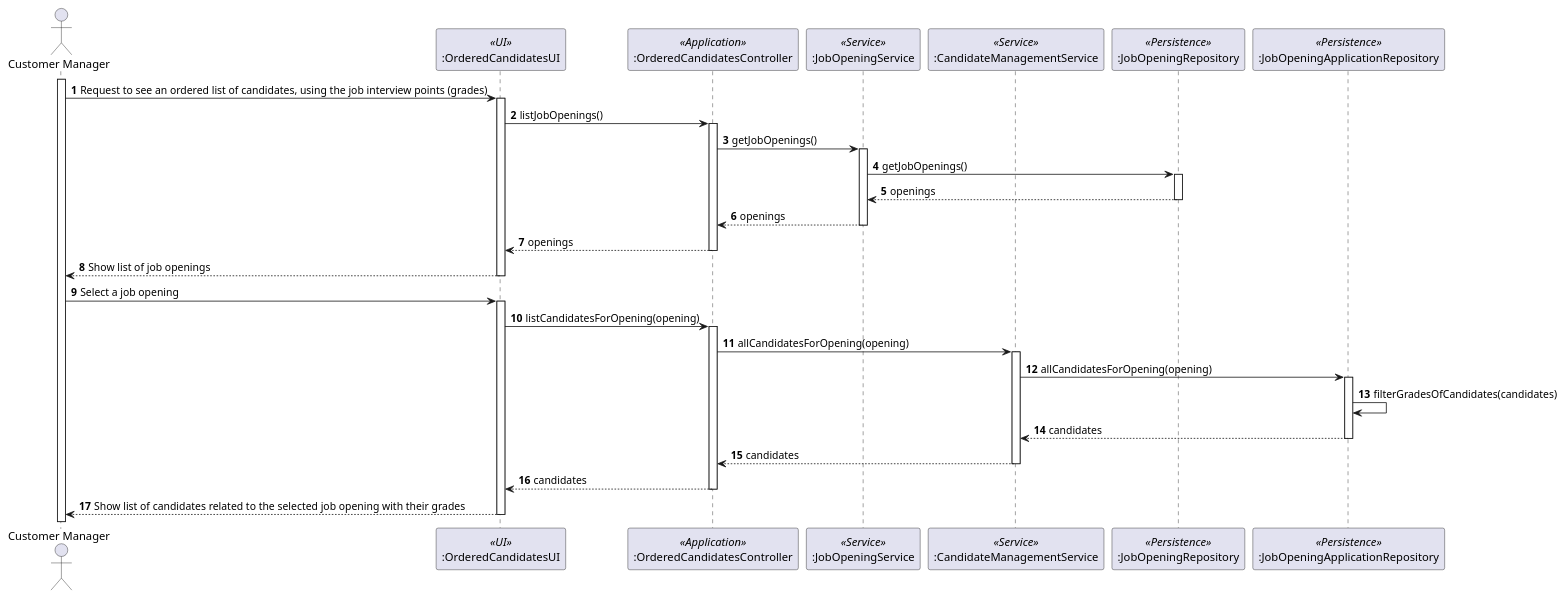
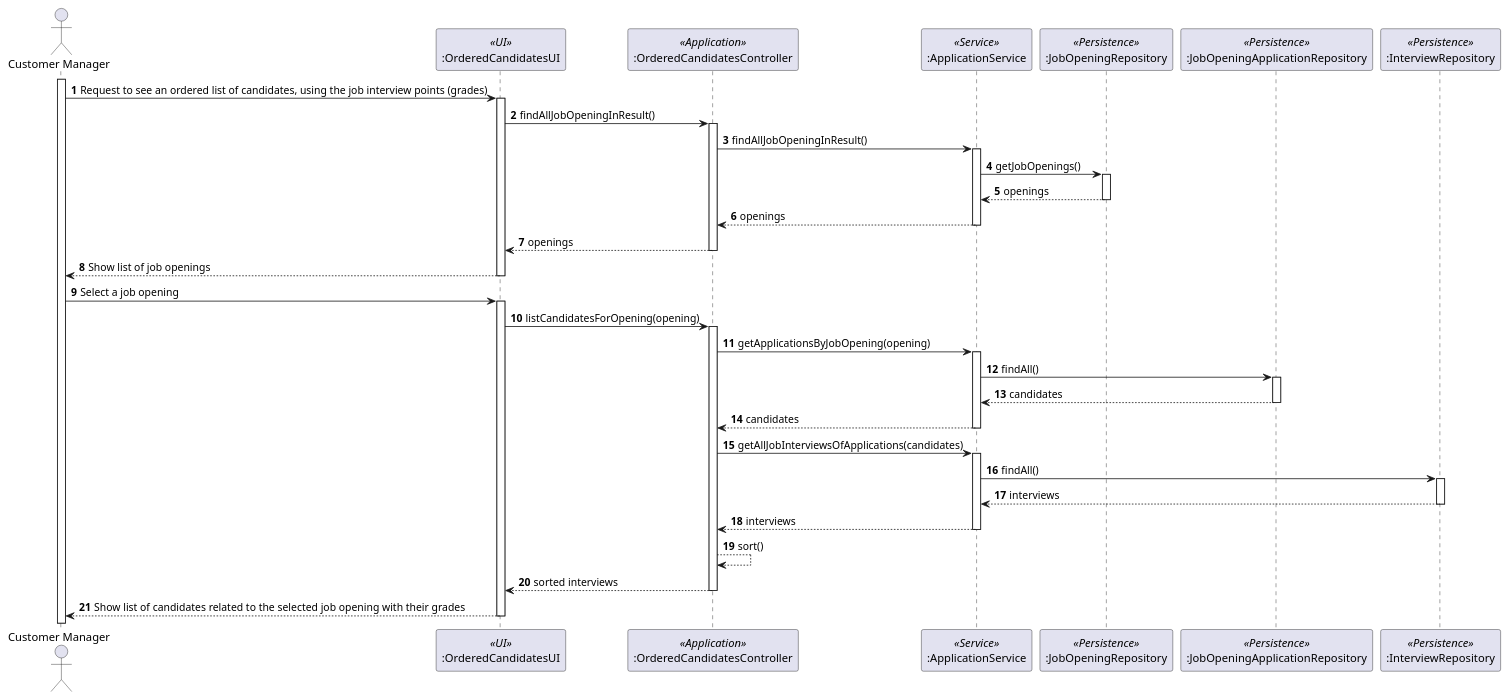
One commit to marcoferreira37/Lapr4 changed the diagram in docs/sprintC/1019/puml/1019-sequence-diagram.puml. Above: the diagram before and after it, drawn with PlantUML. The commit also changed 13 other files, not shown here.

```diff
--- a/docs/sprintC/1019/puml/1019-sequence-diagram.puml
+++ b/docs/sprintC/1019/puml/1019-sequence-diagram.puml
@@ -1,62 +1,86 @@
 @startuml
 
 actor "Customer Manager" as Agent
 participant ":OrderedCandidatesUI" as ui <<UI>>
 participant ":OrderedCandidatesController" as ctrl <<Application>>
-participant ":JobOpeningService" as jobServ <<Service>>
-participant ":CandidateManagementService" as candServ <<Service>>
+participant ":ApplicationService" as appServ <<Service>>
+participant ":CandidateManagementService" as appServ <<Service>>
 participant ":JobOpeningRepository" as jobRepo <<Persistence>>
 participant ":JobOpeningApplicationRepository" as candRepo <<Persistence>>
-
+participant ":InterviewRepository" as inteRepo <<Persistence>>
 autonumber
 
 
 activate Agent
 
 Agent -> ui: Request to see an ordered list of candidates, using the job interview points (grades)
 
 activate ui
-ui -> ctrl: listJobOpenings()
+ui -> ctrl: findAllJobOpeningInResult()
 activate ctrl
-ctrl -> jobServ: getJobOpenings()
-activate jobServ
-jobServ -> jobRepo: getJobOpenings()
+ctrl -> appServ: findAllJobOpeningInResult()
+activate appServ
+appServ -> jobRepo: getJobOpenings()
 activate jobRepo
-jobRepo --> jobServ: openings
+jobRepo --> appServ: openings
 deactivate
-jobServ --> ctrl: openings
+appServ --> ctrl: openings
 deactivate
 ctrl --> ui: openings
 deactivate
 ui --> Agent: Show list of job openings
 deactivate
 Agent -> ui : Select a job opening
 activate ui
 ui -> ctrl: listCandidatesForOpening(opening)
 activate ctrl
 
-ctrl -> candServ: allCandidatesForOpening(opening)
+ctrl -> appServ: getApplicationsByJobOpening(opening)
 
-activate candServ
+activate appServ
 
-candServ -> candRepo: allCandidatesForOpening(opening)
+appServ -> candRepo: findAll()
 
 activate candRepo
 
-candRepo -> candRepo : filterGradesOfCandidates(candidates)
-candRepo --> candServ: candidates
+candRepo --> appServ: candidates
 deactivate
-candServ --> ctrl : candidates
+appServ --> ctrl : candidates
 deactivate
-ctrl --> ui: candidates
+
+
+ctrl -> appServ : getAllJobInterviewsOfApplications(candidates)
+
+activate appServ
+
+appServ -> inteRepo: findAll()
+
+activate inteRepo
+
+inteRepo --> appServ: interviews
+
+deactivate
+
+
+appServ --> ctrl: interviews
+
+
+
+deactivate
+
+ctrl --> ctrl : sort()
+
+ctrl --> ui: sorted interviews
+
+
 
 
 deactivate
 
 ui --> Agent : Show list of candidates related to the selected job opening with their grades
 
 deactivate
 
 
 
 @enduml
```
